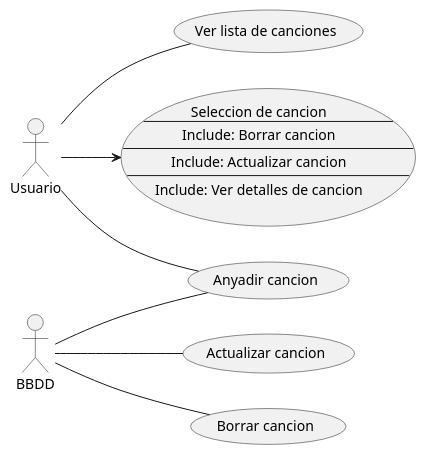
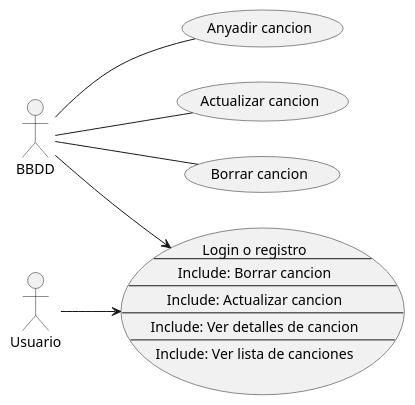
The diagram in uml/2. Diagrama de casos de uso.puml (0imdz/trackiD_JavaSE_Project), drawn with PlantUML before and after one commit.

Commit message:
Final Version.

```diff
--- a/uml/2. Diagrama de casos de uso.puml
+++ b/uml/2. Diagrama de casos de uso.puml
@@ -1,18 +1,19 @@
 @startuml
 left to right direction
-:Usuario: --(Anyadir cancion)
-:Usuario: --(Ver lista de canciones)
 :BBDD: --(Anyadir cancion)
 :BBDD: --(Actualizar cancion)
 :BBDD: --(Borrar cancion)
-usecase UC1 as "Seleccion de cancion 
+usecase UC1 as "Login o registro 
 --
 Include: Borrar cancion
 --
 Include: Actualizar cancion
 --
-Include: Ver detalles de cancion"
+Include: Ver detalles de cancion
+--
+Include: Ver lista de canciones"
 
 :Usuario: --> (UC1)
+:BBDD: --> (UC1)
 
 @enduml
```
